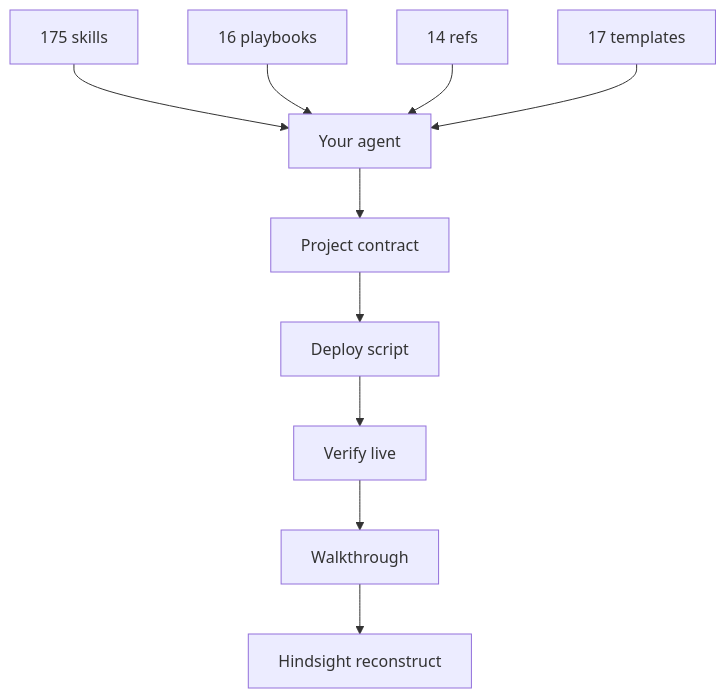
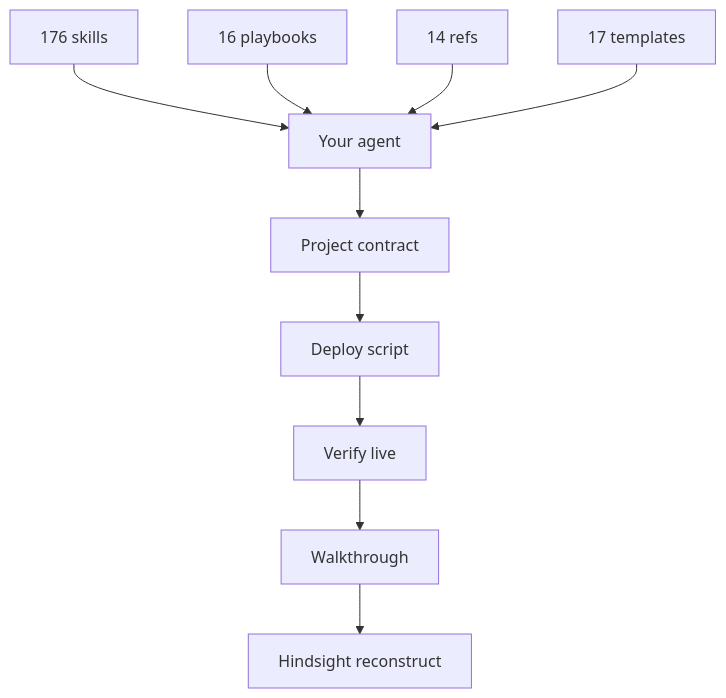
Before and after one commit to Nonarkara/dr-non-vibecoding-skills: the third of 3 diagrams in README.md, drawn with Mermaid. The commit also changed other lines of this file and 9 other files, not shown here.

````diff
--- a/README.md
+++ b/README.md
@@ -450,12 +451,12 @@
 ```mermaid
 flowchart TB
-  S["175 skills"] --> A["Your agent"]
+  S["176 skills"] --> A["Your agent"]
   P["16 playbooks"] --> A
   R["14 refs"] --> A
   T["17 templates"] --> A
   A --> W["Project contract"]
   W --> D["Deploy script"]
   D --> V["Verify live"]
   V --> H["Walkthrough"]
   H --> L["Hindsight reconstruct"]
 ```
````
